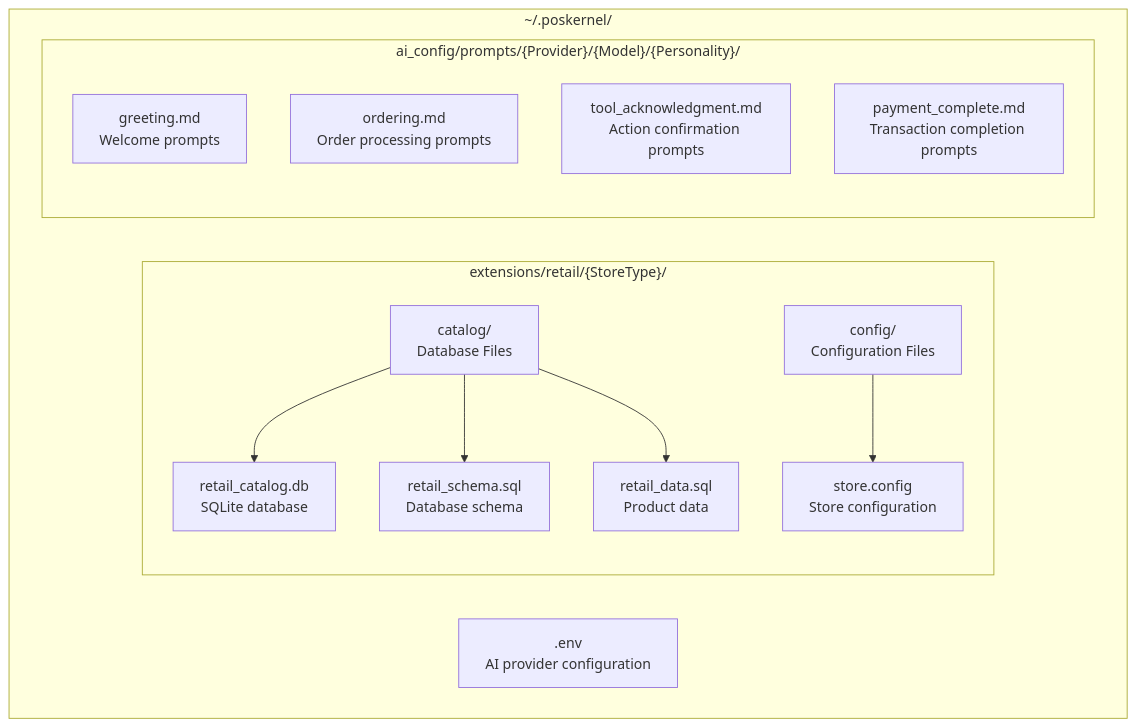
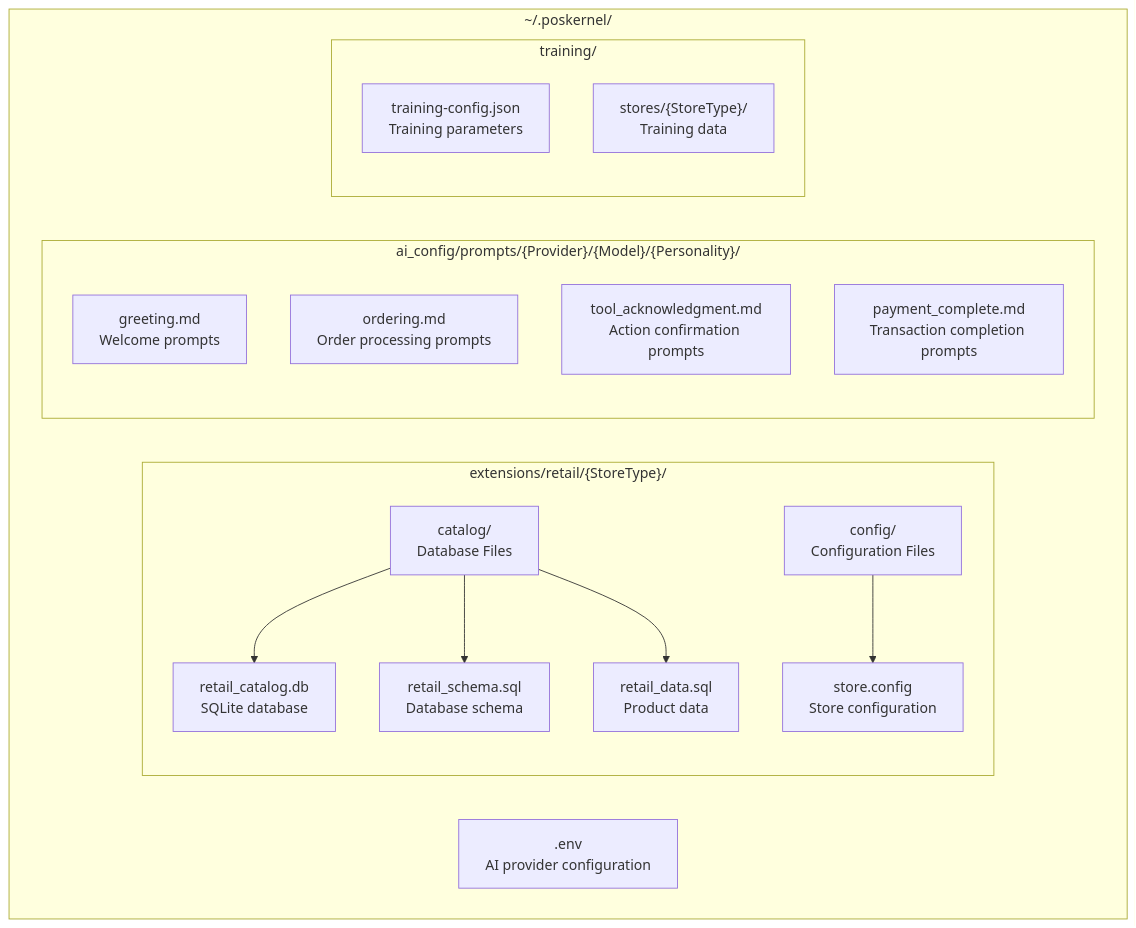
Before and after one commit to paulmooreparks/PosKernel: the fifth of 6 diagrams in README.md, drawn with Mermaid. The commit also changed other lines of this file and 35 other files, not shown here.

````diff
--- a/README.md
+++ b/README.md
@@ -283,29 +295,33 @@
 ```mermaid
 graph TB
     subgraph "~/.poskernel/"
         A[".env<br/>AI provider configuration"]
         
         subgraph "extensions/retail/{StoreType}/"
             B["catalog/<br/>Database Files"]
             B1["retail_catalog.db<br/>SQLite database"]
             B2["retail_schema.sql<br/>Database schema"]
             B3["retail_data.sql<br/>Product data"]
             
             C["config/<br/>Configuration Files"]
             C1["store.config<br/>Store configuration"]
         end
         
         subgraph "ai_config/prompts/{Provider}/{Model}/{Personality}/"
             D["greeting.md<br/>Welcome prompts"]
             E["ordering.md<br/>Order processing prompts"]
             F["tool_acknowledgment.md<br/>Action confirmation prompts"]
             G["payment_complete.md<br/>Transaction completion prompts"]
         end
+        
+        subgraph "training/"
+            H["training-config.json<br/>Training parameters"]
+            I["stores/{StoreType}/<br/>Training data"]
+        end
     end
     
     B --> B1
     B --> B2
     B --> B3
-    
     C --> C1
 ```
````
